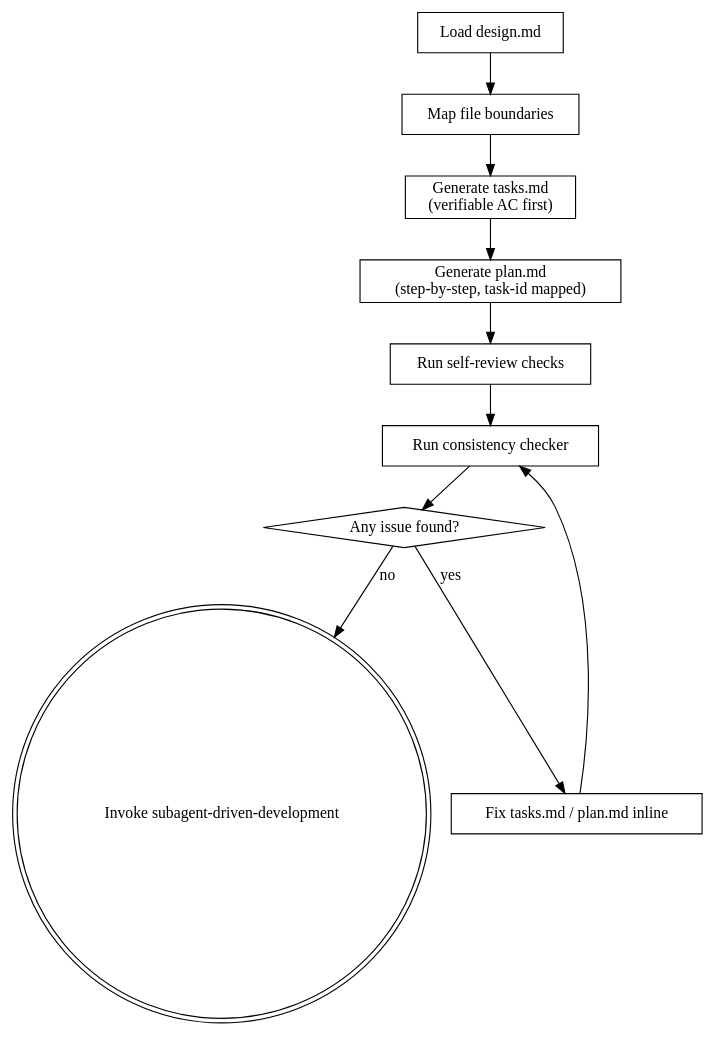
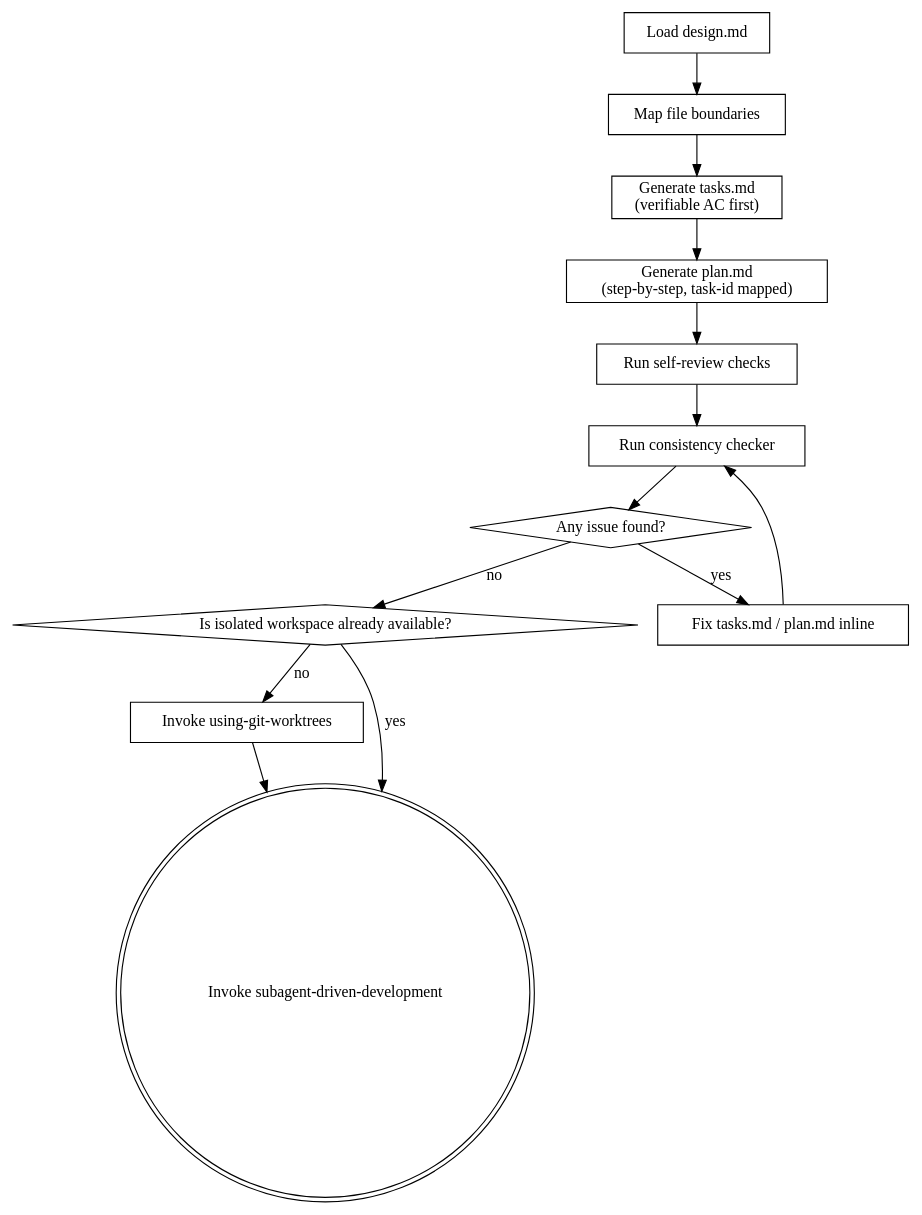
One commit to jieli-cqwl/org-claude-skills changed the diagram in community/superpowers/skills/writing-plans/SKILL.md. Above: the diagram before and after it, drawn with Graphviz. The commit also changed other lines of this file and 8 other files, not shown here.

````diff
--- a/community/superpowers/skills/writing-plans/SKILL.md
+++ b/community/superpowers/skills/writing-plans/SKILL.md
@@ -37,23 +37,28 @@
 ```dot
 digraph writing_plans {
     "Load design.md" [shape=box];
     "Map file boundaries" [shape=box];
     "Generate tasks.md\n(verifiable AC first)" [shape=box];
     "Generate plan.md\n(step-by-step, task-id mapped)" [shape=box];
     "Run self-review checks" [shape=box];
     "Run consistency checker" [shape=box];
     "Any issue found?" [shape=diamond];
     "Fix tasks.md / plan.md inline" [shape=box];
+    "Is isolated workspace already available?" [shape=diamond];
+    "Invoke using-git-worktrees" [shape=box];
     "Invoke subagent-driven-development" [shape=doublecircle];
 
     "Load design.md" -> "Map file boundaries";
     "Map file boundaries" -> "Generate tasks.md\n(verifiable AC first)";
     "Generate tasks.md\n(verifiable AC first)" -> "Generate plan.md\n(step-by-step, task-id mapped)";
     "Generate plan.md\n(step-by-step, task-id mapped)" -> "Run self-review checks";
     "Run self-review checks" -> "Run consistency checker";
     "Run consistency checker" -> "Any issue found?";
     "Any issue found?" -> "Fix tasks.md / plan.md inline" [label="yes"];
     "Fix tasks.md / plan.md inline" -> "Run consistency checker";
-    "Any issue found?" -> "Invoke subagent-driven-development" [label="no"];
+    "Any issue found?" -> "Is isolated workspace already available?" [label="no"];
+    "Is isolated workspace already available?" -> "Invoke subagent-driven-development" [label="yes"];
+    "Is isolated workspace already available?" -> "Invoke using-git-worktrees" [label="no"];
+    "Invoke using-git-worktrees" -> "Invoke subagent-driven-development";
 }
 ```
````
